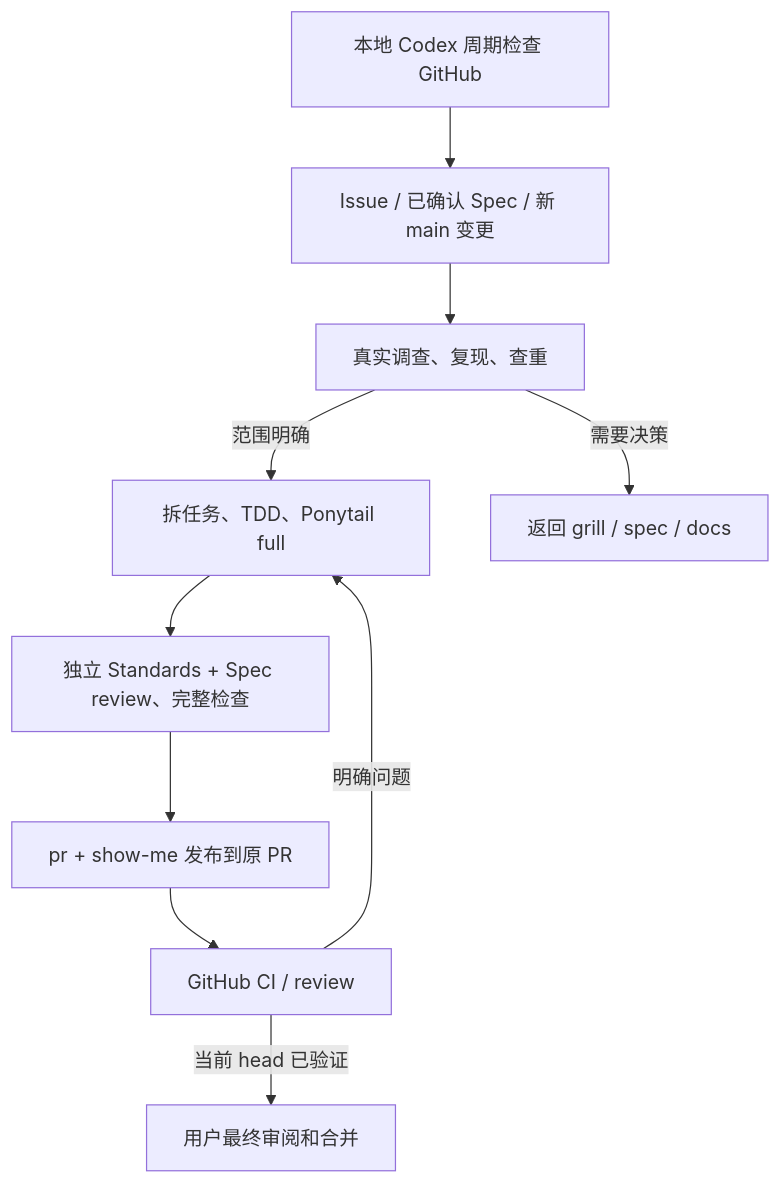
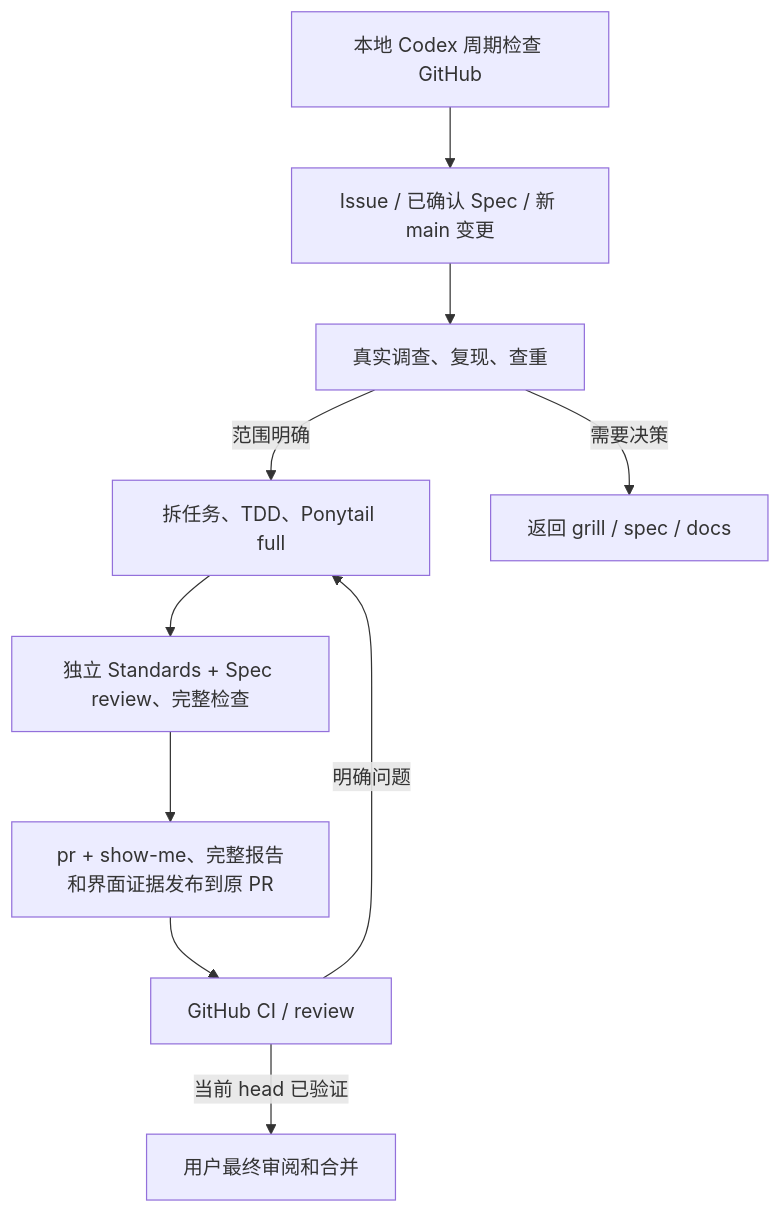
Before and after one commit to ZWkang/nodebraid: the diagram in docs/agents/agentic-workflows.md, drawn with Mermaid. The commit also changed other lines of this file and 24 other files, not shown here.

````diff
--- a/docs/agents/agentic-workflows.md
+++ b/docs/agents/agentic-workflows.md
@@ -8,12 +8,12 @@
 ```mermaid
 flowchart TD
   A[本地 Codex 周期检查 GitHub] --> B[Issue / 已确认 Spec / 新 main 变更]
   B --> C[真实调查、复现、查重]
   C -->|范围明确| D[拆任务、TDD、Ponytail full]
   C -->|需要决策| E[返回 grill / spec / docs]
   D --> F[独立 Standards + Spec review、完整检查]
-  F --> G[pr + show-me 发布到原 PR]
+  F --> G[pr + show-me、完整报告和界面证据发布到原 PR]
   G --> H[GitHub CI / review]
   H -->|明确问题| D
   H -->|当前 head 已验证| I[用户最终审阅和合并]
 ```
````
